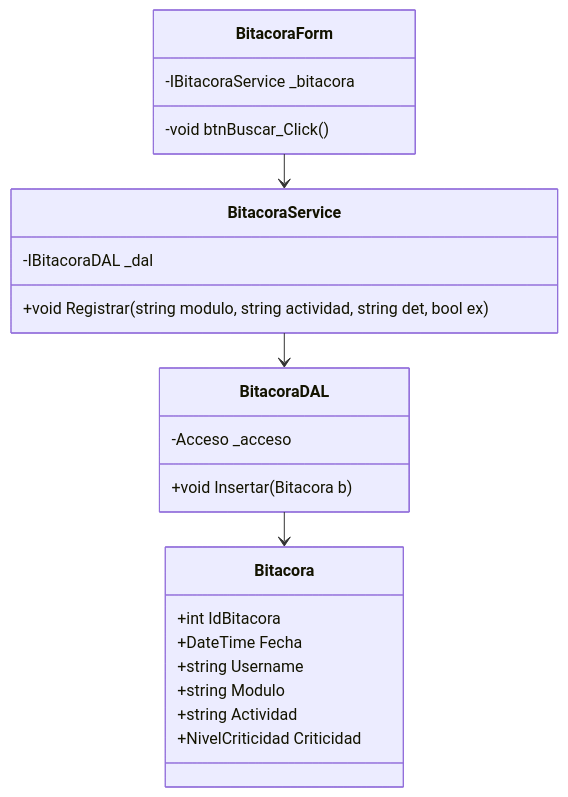
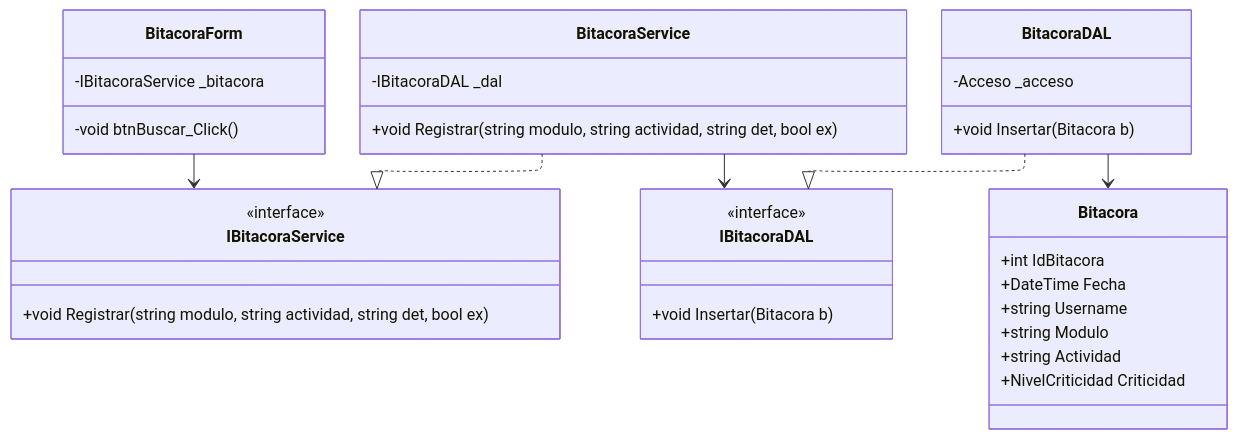
The eighth of 25 diagrams in Documentacion/diagrams_code.md (LautiSmyth/Stach), drawn with Mermaid before and after one commit. The commit also changed other lines of this file, not shown here.

Commit message:
Doc: Update sequence and module class diagrams to explicitly include the Abstracciones layer interfaces and IoCContainer

````diff
--- a/Documentacion/diagrams_code.md
+++ b/Documentacion/diagrams_code.md
@@ -208,30 +254,40 @@
 ```mermaid
 ---
 config:
   layout: elk
 ---
 classDiagram
     class BitacoraForm {
         -IBitacoraService _bitacora
         -void btnBuscar_Click()
     }
+    class IBitacoraService {
+        <<interface>>
+        +void Registrar(string modulo, string actividad, string det, bool ex)
+    }
     class BitacoraService {
         -IBitacoraDAL _dal
         +void Registrar(string modulo, string actividad, string det, bool ex)
+    }
+    class IBitacoraDAL {
+        <<interface>>
+        +void Insertar(Bitacora b)
     }
     class BitacoraDAL {
         -Acceso _acceso
         +void Insertar(Bitacora b)
     }
     class Bitacora {
         +int IdBitacora
         +DateTime Fecha
         +string Username
         +string Modulo
         +string Actividad
         +NivelCriticidad Criticidad
     }
-    BitacoraForm --> BitacoraService
-    BitacoraService --> BitacoraDAL
+    BitacoraForm --> IBitacoraService
+    BitacoraService ..|> IBitacoraService
+    BitacoraService --> IBitacoraDAL
+    BitacoraDAL ..|> IBitacoraDAL
     BitacoraDAL --> Bitacora
 ```
````
